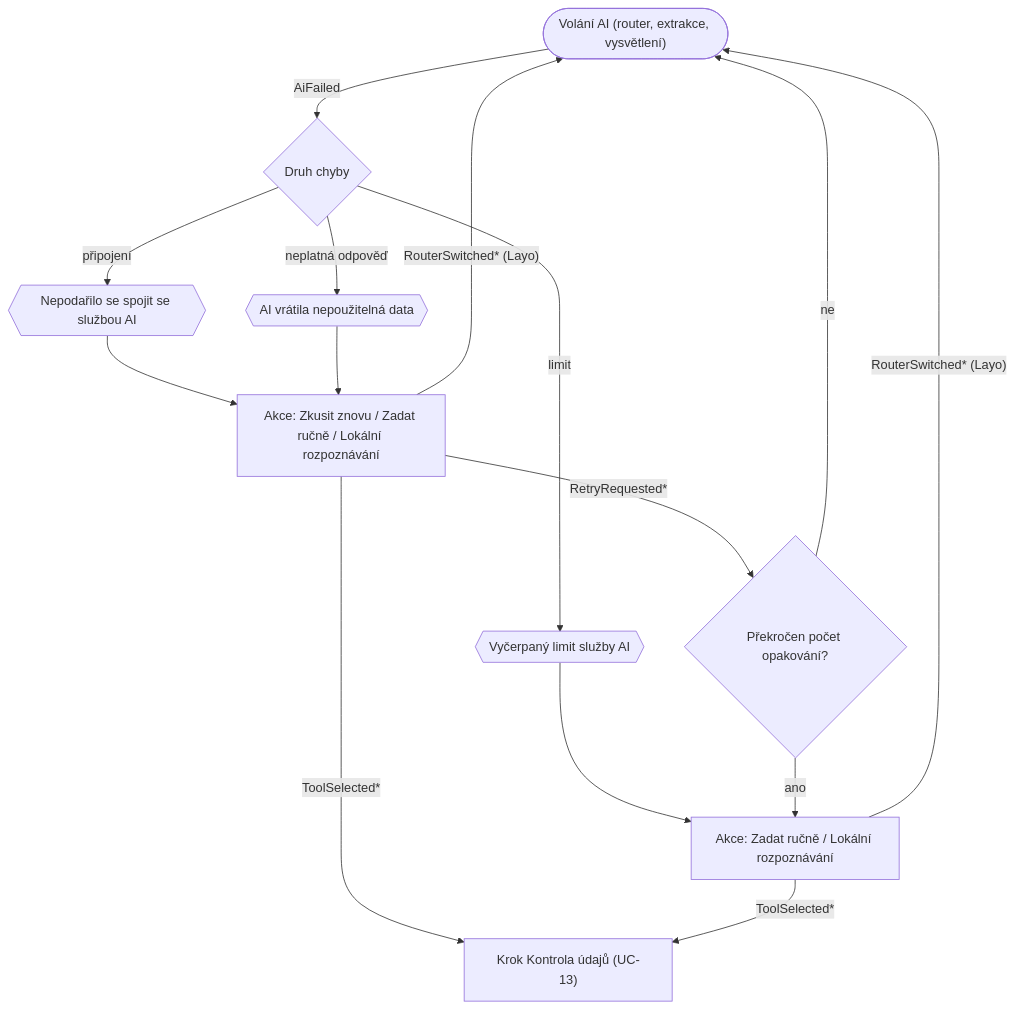
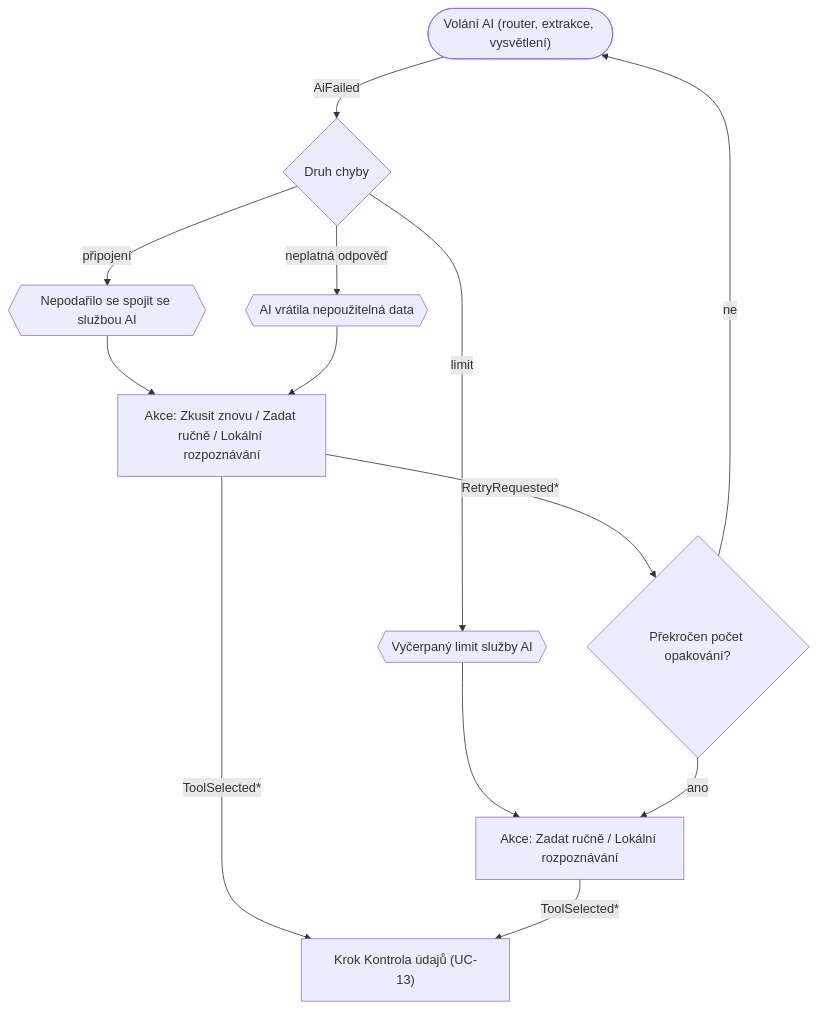
Before and after one commit to janvrzal/decision-engine: the fourth of 11 diagrams in docs/service-design/03-user-flows.md, drawn with Mermaid. The commit also changed other lines of this file and 7 other files, not shown here.

First line of the commit message:
docs(spec): vyřadit Layo, router má implementace Jev, LLM a ruční

````diff
--- a/docs/service-design/03-user-flows.md
+++ b/docs/service-design/03-user-flows.md
@@ -179,17 +179,15 @@
 ```mermaid
 flowchart TD
     S(["Volání AI (router, extrakce, vysvětlení)"]) -->|"AiFailed"| K{"Druh chyby"}
     K -->|"připojení"| C{{"Nepodařilo se spojit se službou AI"}}
     K -->|"limit"| L{{"Vyčerpaný limit služby AI"}}
     K -->|"neplatná odpověď"| N{{"AI vrátila nepoužitelná data"}}
     C --> O["Akce: Zkusit znovu / Zadat ručně / Lokální rozpoznávání"]
     L --> O2["Akce: Zadat ručně / Lokální rozpoznávání"]
     N --> O
     O -->|"RetryRequested*"| P{"Překročen počet opakování?"}
     P -->|"ne"| S
     P -->|"ano"| O2
     O -->|"ToolSelected*"| H["Krok Kontrola údajů (UC-13)"]
     O2 -->|"ToolSelected*"| H
-    O -->|"RouterSwitched* (Layo)"| S
-    O2 -->|"RouterSwitched* (Layo)"| S
 ```
````
